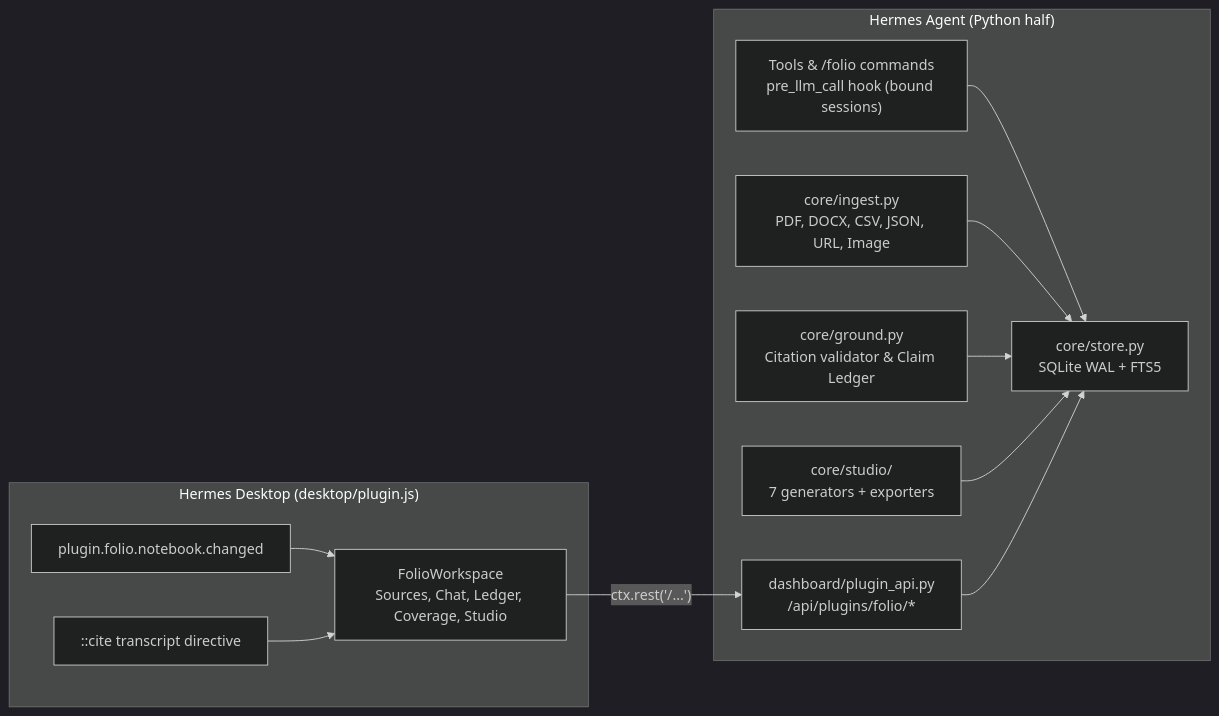
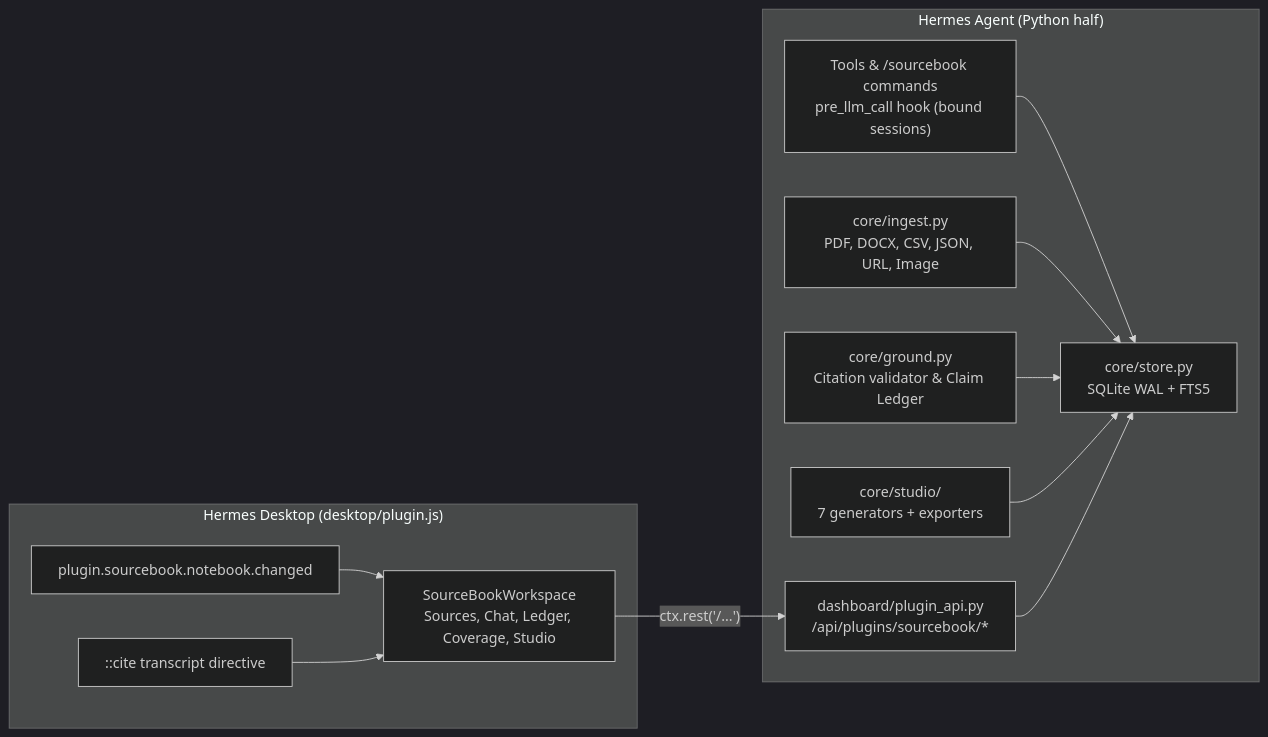
The diagram in README.md (abundantbeing/sourcebook), drawn with Mermaid (dark theme) before and after one commit. The commit also changed other lines of this file, not shown here.

Commit message:
docs: update README for SourceBook branding, commands, tools, and architecture

````diff
--- a/README.md
+++ b/README.md
@@ -127,15 +127,15 @@
 ```mermaid
 flowchart LR
   subgraph Agent["Hermes Agent (Python half)"]
-    T["Tools & /folio commands<br/>pre_llm_call hook (bound sessions)"] --> C["core/store.py<br/>SQLite WAL + FTS5"]
+    T["Tools & /sourcebook commands<br/>pre_llm_call hook (bound sessions)"] --> C["core/store.py<br/>SQLite WAL + FTS5"]
     I["core/ingest.py<br/>PDF, DOCX, CSV, JSON, URL, Image"] --> C
     G["core/ground.py<br/>Citation validator & Claim Ledger"] --> C
     S["core/studio/<br/>7 generators + exporters"] --> C
-    API["dashboard/plugin_api.py<br/>/api/plugins/folio/*"] --> C
+    API["dashboard/plugin_api.py<br/>/api/plugins/sourcebook/*"] --> C
   end
   subgraph Desktop["Hermes Desktop (desktop/plugin.js)"]
-    UI["FolioWorkspace<br/>Sources, Chat, Ledger, Coverage, Studio"] -- "ctx.rest('/...')" --> API
-    EV["plugin.folio.notebook.changed"] --> UI
+    UI["SourceBookWorkspace<br/>Sources, Chat, Ledger, Coverage, Studio"] -- "ctx.rest('/...')" --> API
+    EV["plugin.sourcebook.notebook.changed"] --> UI
     DIR["::cite transcript directive"] --> UI
   end
 ```
````
